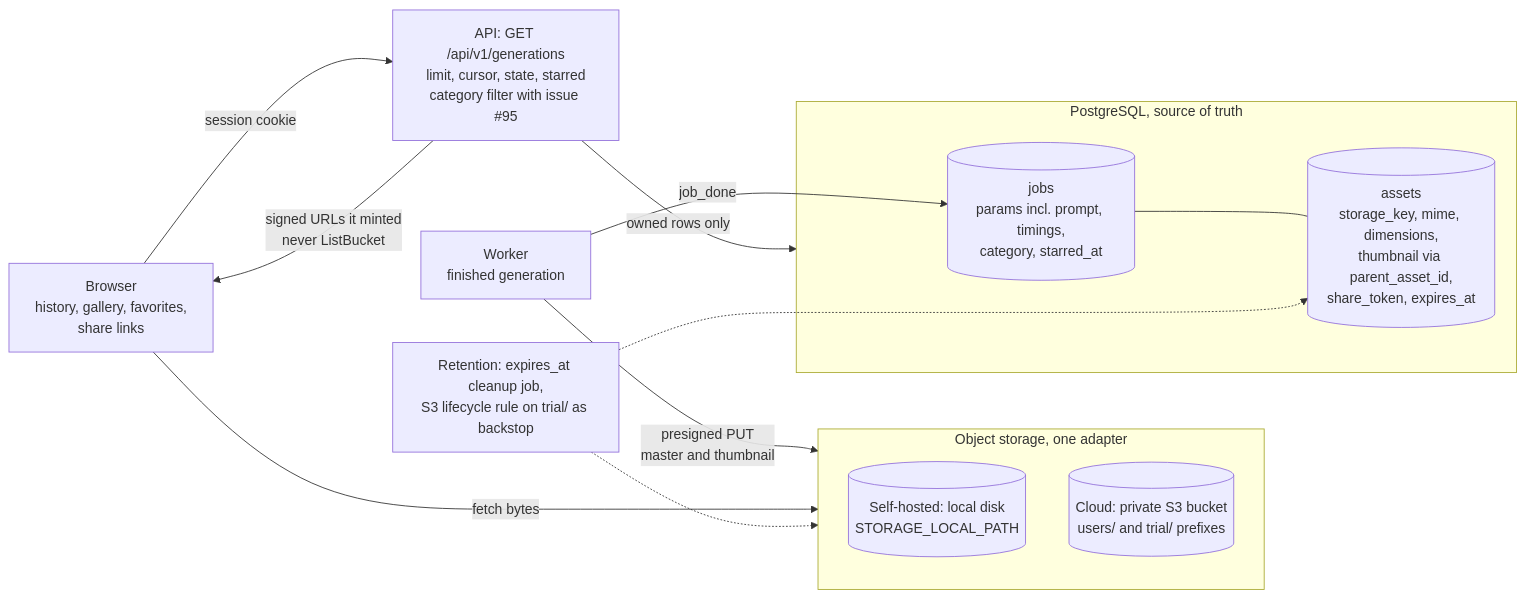
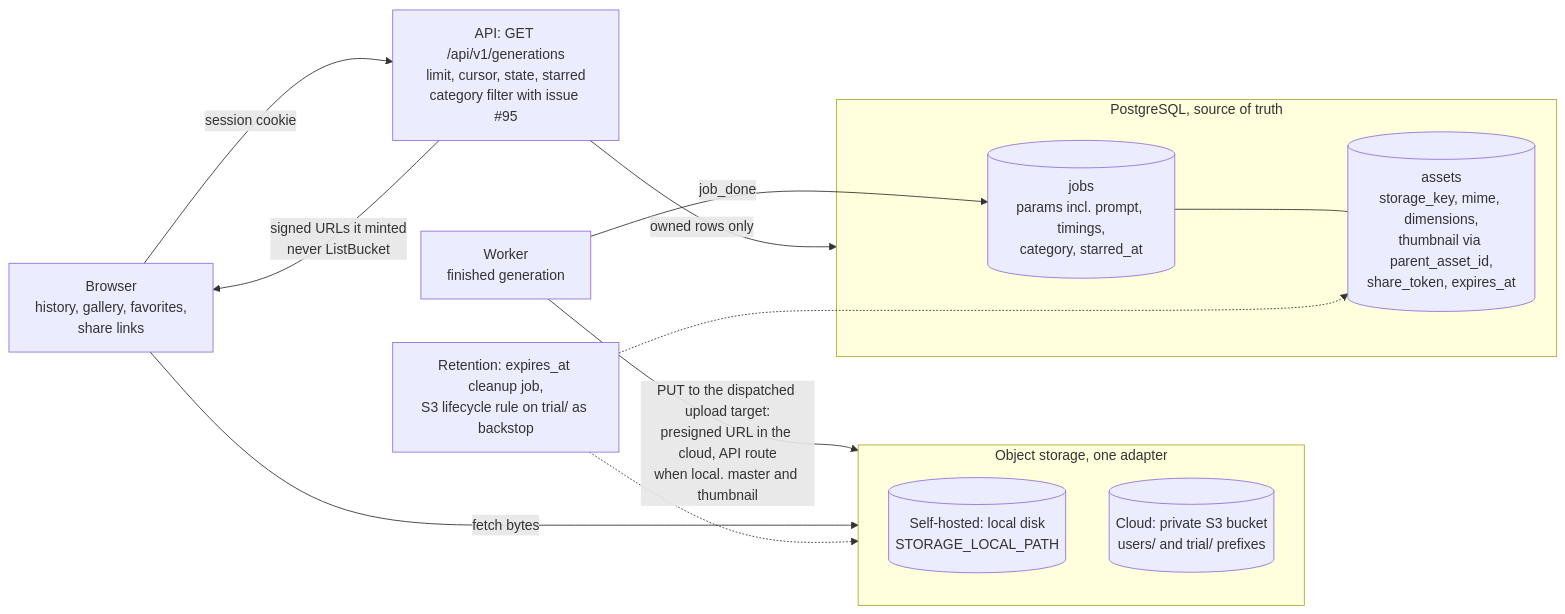
Before and after one commit to Portocolom-Studio/potocolom: diagram 14 of 15 in docs/architecture.md, drawn with Mermaid. The commit also changed other lines of this file, not shown here.

First line of the commit message:
Label the upload target for both storage backends

````diff
--- a/docs/architecture.md
+++ b/docs/architecture.md
@@ -507,24 +507,24 @@
 ```mermaid
 flowchart LR
     W["Worker<br>finished generation"]
     subgraph STORE["Object storage, one adapter"]
         LD[("Self-hosted: local disk<br>STORAGE_LOCAL_PATH")]
         S3[("Cloud: private S3 bucket<br>users/ and trial/ prefixes")]
     end
     subgraph PG["PostgreSQL, source of truth"]
         J[("jobs<br>params incl. prompt, timings,<br>category, starred_at")]
         AS[("assets<br>storage_key, mime, dimensions,<br>thumbnail via parent_asset_id,<br>share_token, expires_at")]
     end
     B["Browser<br>history, gallery, favorites,<br>share links"]
     API["API: GET /api/v1/generations<br>limit, cursor, state, starred<br>category filter with issue #95"]
     CLEAN["Retention: expires_at cleanup job,<br>S3 lifecycle rule on trial/ as backstop"]
-    W -->|"presigned PUT<br>master and thumbnail"| STORE
+    W -->|"PUT to the dispatched upload target:<br>presigned URL in the cloud, API route<br>when local. master and thumbnail"| STORE
     W -->|"job_done"| J
     J --- AS
     B -->|"session cookie"| API
     API -->|"owned rows only"| PG
     API -->|"signed URLs it minted<br>never ListBucket"| B
     B -->|"fetch bytes"| STORE
     CLEAN -.-> AS
     CLEAN -.-> STORE
 ```
````
